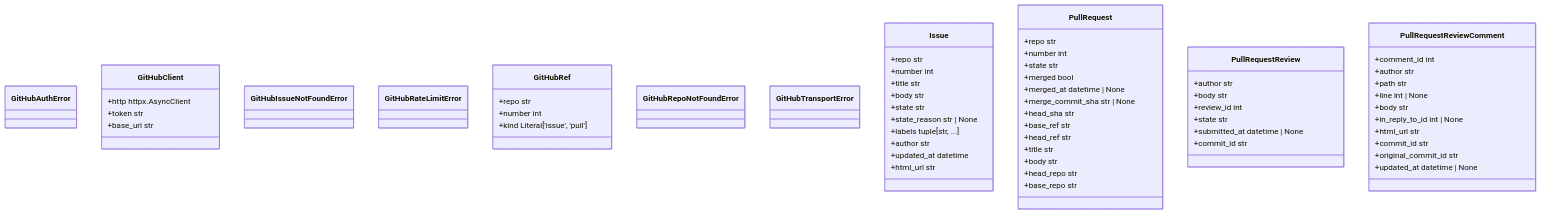
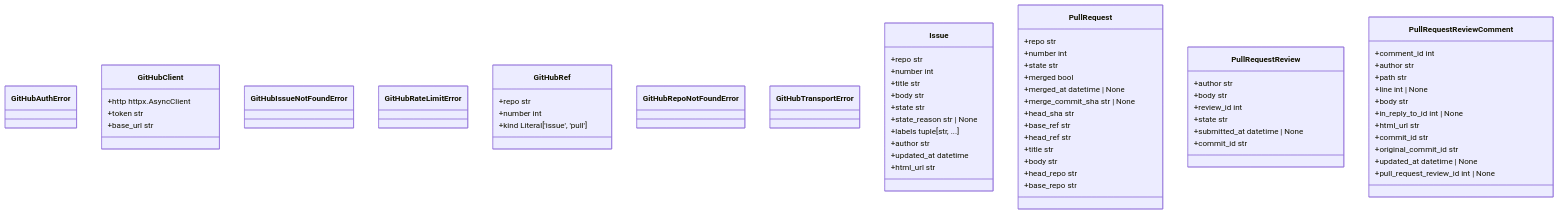
Before and after one commit to agent-lore/lithos-loom: the first of 3 diagrams in docs/generated/domain_model.md, drawn with Mermaid. The commit also changed 26 other files, not shown here.

````diff
--- a/docs/generated/domain_model.md
+++ b/docs/generated/domain_model.md
@@ -8,65 +8,66 @@
 ```mermaid
 classDiagram
   class GitHubAuthError
   class GitHubClient {
     +http httpx.AsyncClient
     +token str
     +base_url str
   }
   class GitHubIssueNotFoundError
   class GitHubRateLimitError
   class GitHubRef {
     +repo str
     +number int
     +kind Literal['issue', 'pull']
   }
   class GitHubRepoNotFoundError
   class GitHubTransportError
   class Issue {
     +repo str
     +number int
     +title str
     +body str
     +state str
     +state_reason str | None
     +labels tuple[str, ...]
     +author str
     +updated_at datetime
     +html_url str
   }
   class PullRequest {
     +repo str
     +number int
     +state str
     +merged bool
     +merged_at datetime | None
     +merge_commit_sha str | None
     +head_sha str
     +base_ref str
     +head_ref str
     +title str
     +body str
     +head_repo str
     +base_repo str
   }
   class PullRequestReview {
     +author str
     +body str
     +review_id int
     +state str
     +submitted_at datetime | None
     +commit_id str
   }
   class PullRequestReviewComment {
     +comment_id int
     +author str
     +path str
     +line int | None
     +body str
     +in_reply_to_id int | None
     +html_url str
     +commit_id str
     +original_commit_id str
     +updated_at datetime | None
+    +pull_request_review_id int | None
   }
 ```
````
